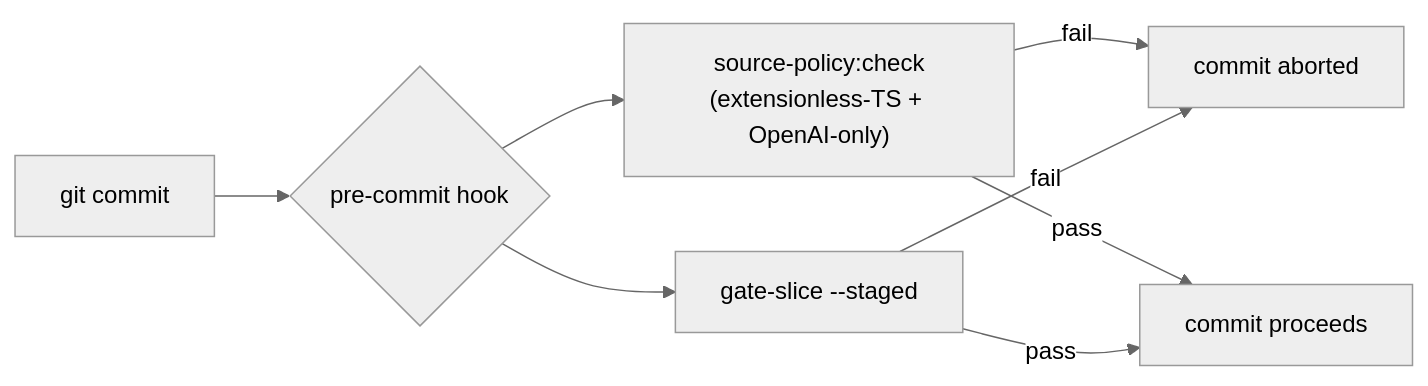
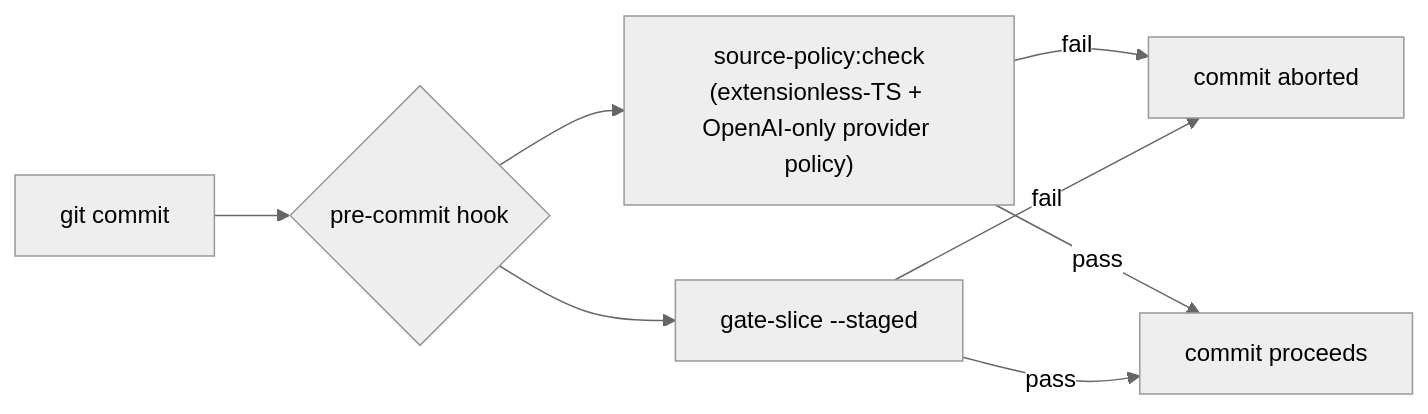
The second of 2 diagrams in docs/loanslam-operator/05-proof-and-gates.md (rickhallett/loanslam), drawn with Mermaid (neutral theme) before and after one commit. The commit also changed other lines of this file and 8 other files, not shown here.

First line of the commit message:
chore(policy): Broaden provider source checks

````diff
--- a/docs/loanslam-operator/05-proof-and-gates.md
+++ b/docs/loanslam-operator/05-proof-and-gates.md
@@ -73,10 +73,10 @@
 ```mermaid
 flowchart LR
     commit["git commit"] --> hook{pre-commit hook}
-    hook --> sp["source-policy:check\n(extensionless-TS + OpenAI-only)"]
+    hook --> sp["source-policy:check\n(extensionless-TS + OpenAI-only provider policy)"]
     hook --> gs["gate-slice --staged"]
     sp -->|fail| block["commit aborted"]
     gs -->|fail| block
     sp -->|pass| ok["commit proceeds"]
     gs -->|pass| ok
 ```
````
